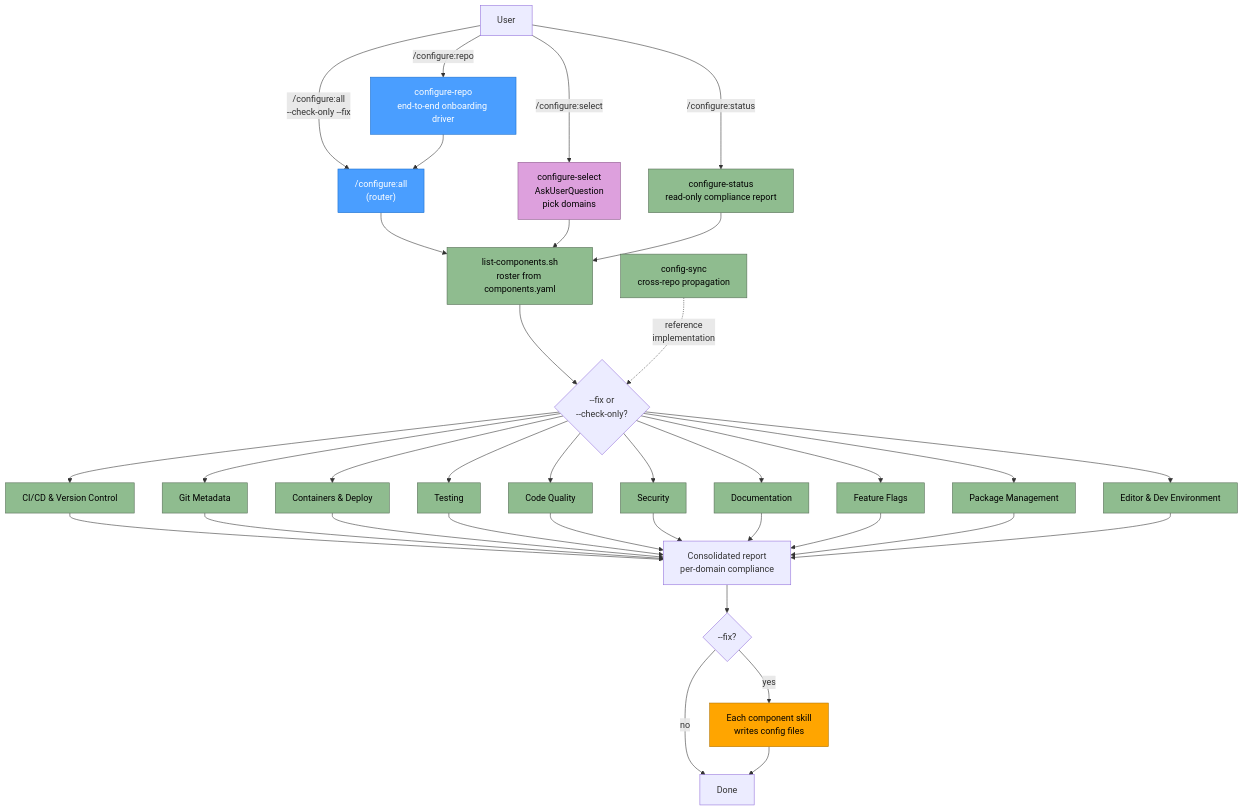
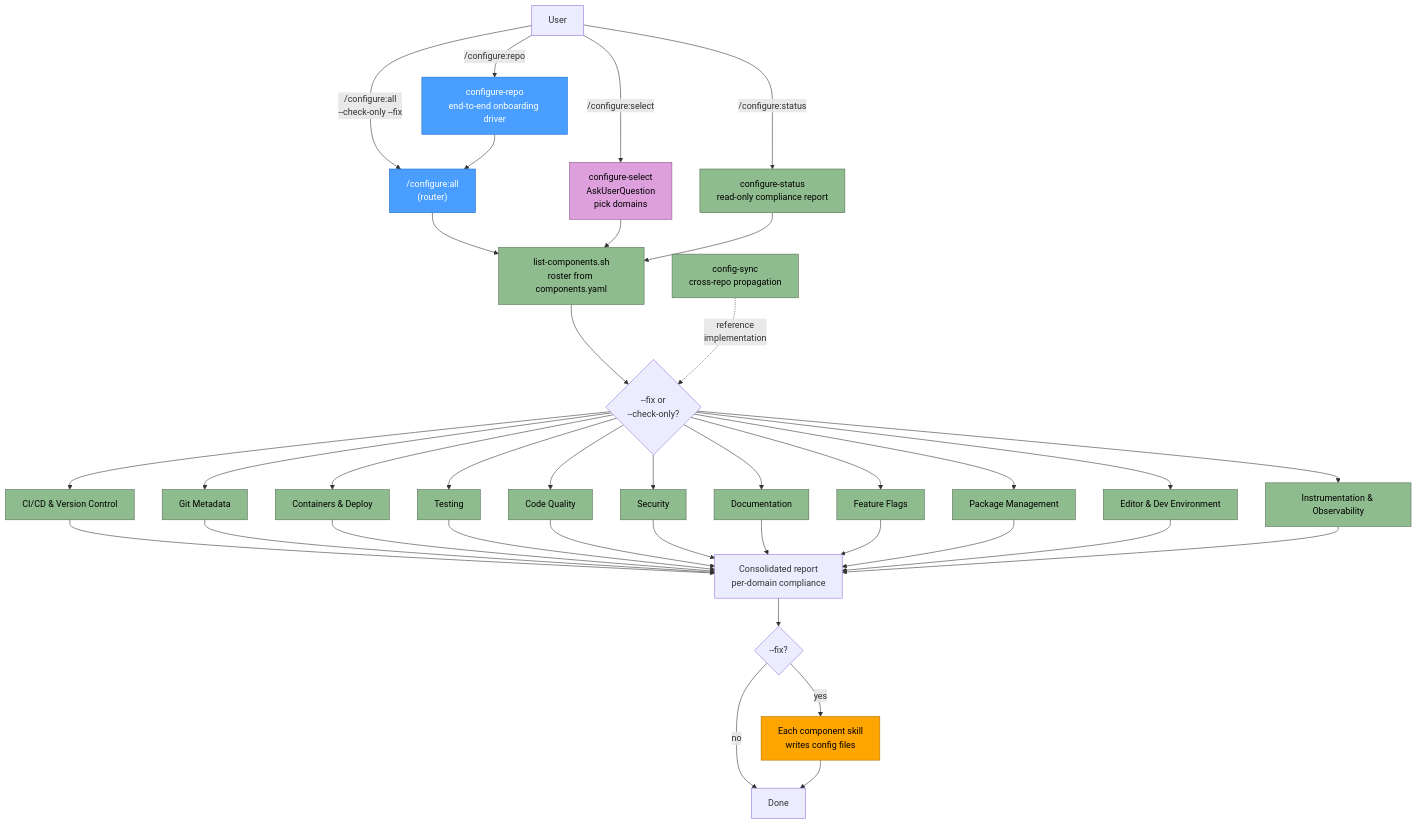
The diagram in configure-plugin/docs/flow.md (laurigates/claude-plugins), drawn with Mermaid before and after one commit. The commit also changed other lines of this file and 12 other files, not shown here.

````diff
--- a/configure-plugin/docs/flow.md
+++ b/configure-plugin/docs/flow.md
@@ -9,44 +9,45 @@
 ```mermaid
 flowchart TD
     U[User] -->|/configure:all<br/>--check-only --fix| R["/configure:all<br/>(router)"]
     U -->|/configure:status| STATUS[configure-status<br/>read-only compliance report]
     U -->|/configure:select| SELECT[configure-select<br/>AskUserQuestion<br/>pick domains]
     U -->|/configure:repo| REPO[configure-repo<br/>end-to-end onboarding driver]
 
     R --> LIST[list-components.sh<br/>roster from components.yaml]
     SELECT --> LIST
     STATUS --> LIST
     REPO --> R
 
     LIST --> MODE{--fix or<br/>--check-only?}
 
     MODE --> D1[CI/CD & Version Control]
     MODE --> D2[Git Metadata]
     MODE --> D3[Containers & Deploy]
     MODE --> D4[Testing]
     MODE --> D5[Code Quality]
     MODE --> D6[Security]
     MODE --> D7[Documentation]
     MODE --> D8[Feature Flags]
     MODE --> D9[Package Management]
     MODE --> D10[Editor & Dev Environment]
+    MODE --> D11[Instrumentation & Observability]
 
-    D1 & D2 & D3 & D4 & D5 & D6 & D7 & D8 & D9 & D10 --> RPT[Consolidated report<br/>per-domain compliance]
+    D1 & D2 & D3 & D4 & D5 & D6 & D7 & D8 & D9 & D10 & D11 --> RPT[Consolidated report<br/>per-domain compliance]
 
     RPT --> FIXQ{--fix?}
     FIXQ -->|no| DONE[Done]
     FIXQ -->|yes| APPLY[Each component skill<br/>writes config files]
     APPLY --> DONE
 
     SYNC[config-sync<br/>cross-repo propagation] -.->|reference<br/>implementation| MODE
 
     classDef router fill:#4a9eff,stroke:#1a6ecc,color:#fff
     classDef check fill:#8fbc8f,stroke:#556b55,color:#000
     classDef fix fill:#ffa500,stroke:#b37400,color:#000
     classDef prompt fill:#dda0dd,stroke:#8b5a8b,color:#000
 
     class R,REPO router
-    class STATUS,LIST,D1,D2,D3,D4,D5,D6,D7,D8,D9,D10,SYNC check
+    class STATUS,LIST,D1,D2,D3,D4,D5,D6,D7,D8,D9,D10,D11,SYNC check
     class APPLY fix
     class SELECT prompt
 ```
````
